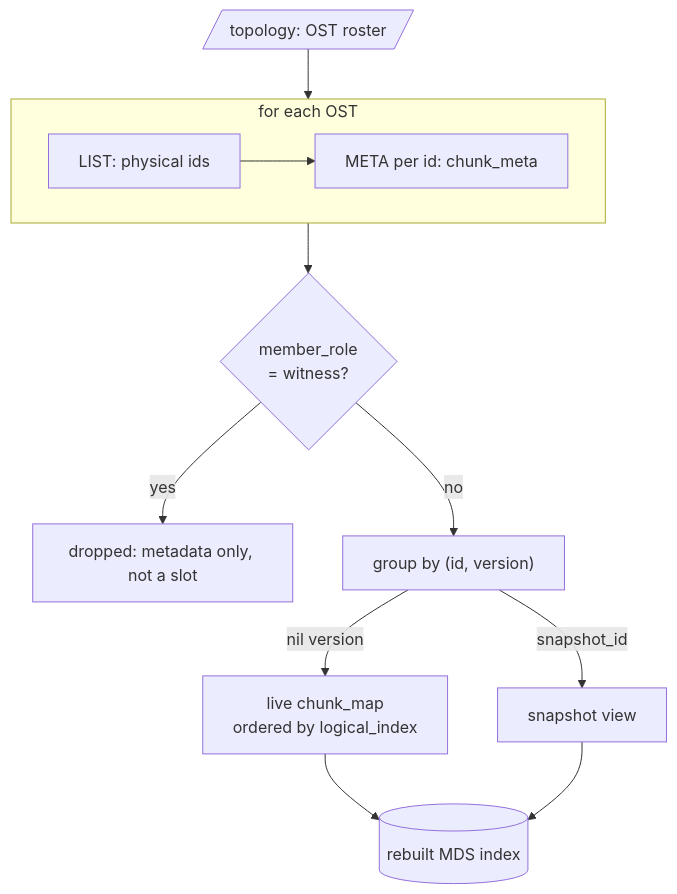
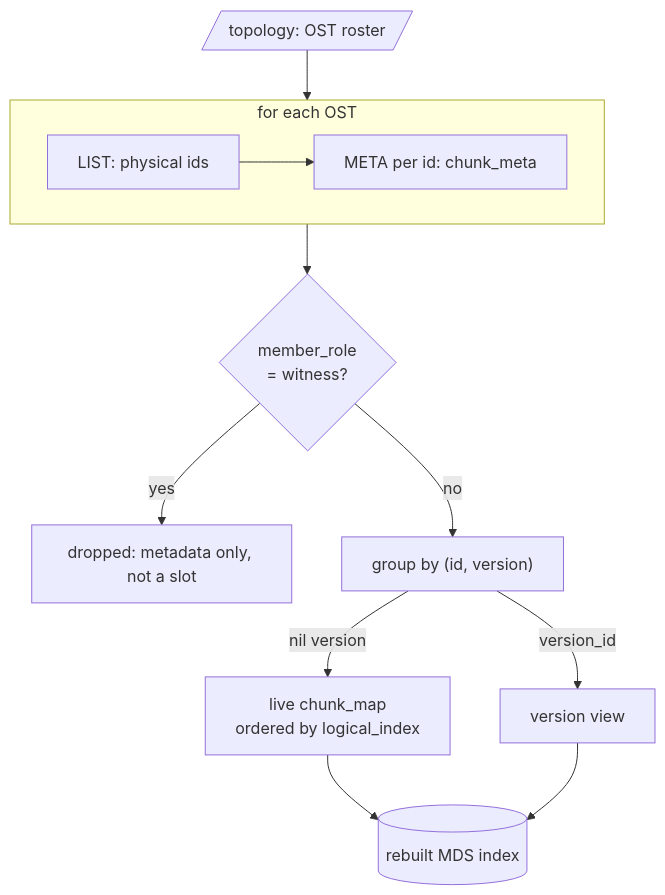
Before and after one commit to rawstor/librawstor: the eighth of 8 diagrams in docs/mds.md, drawn with Mermaid. The commit also changed other lines of this file and 60 other files, not shown here.

First line of the commit message:
ref: rename snapshot to version (#658)

````diff
--- a/docs/mds.md
+++ b/docs/mds.md
@@ -1001,15 +1001,15 @@
 ```mermaid
 flowchart TB
     T[/"topology: OST roster"/] --> Scan
     subgraph Scan ["for each OST"]
         direction LR
         L["LIST: physical ids"] --> Me["META per id: chunk_meta"]
     end
     Scan --> W{"member_role<br/>= witness?"}
     W -- yes --> Drop["dropped: metadata only, not a slot"]
     W -- no --> G["group by (id, version)"]
     G -- "nil version" --> Live["live chunk_map<br/>ordered by logical_index"]
-    G -- "snapshot_id" --> Snapshot["snapshot view"]
+    G -- "version_id" --> Version["version view"]
     Live --> DB[("rebuilt MDS index")]
-    Snapshot --> DB
+    Version --> DB
 ```
````
